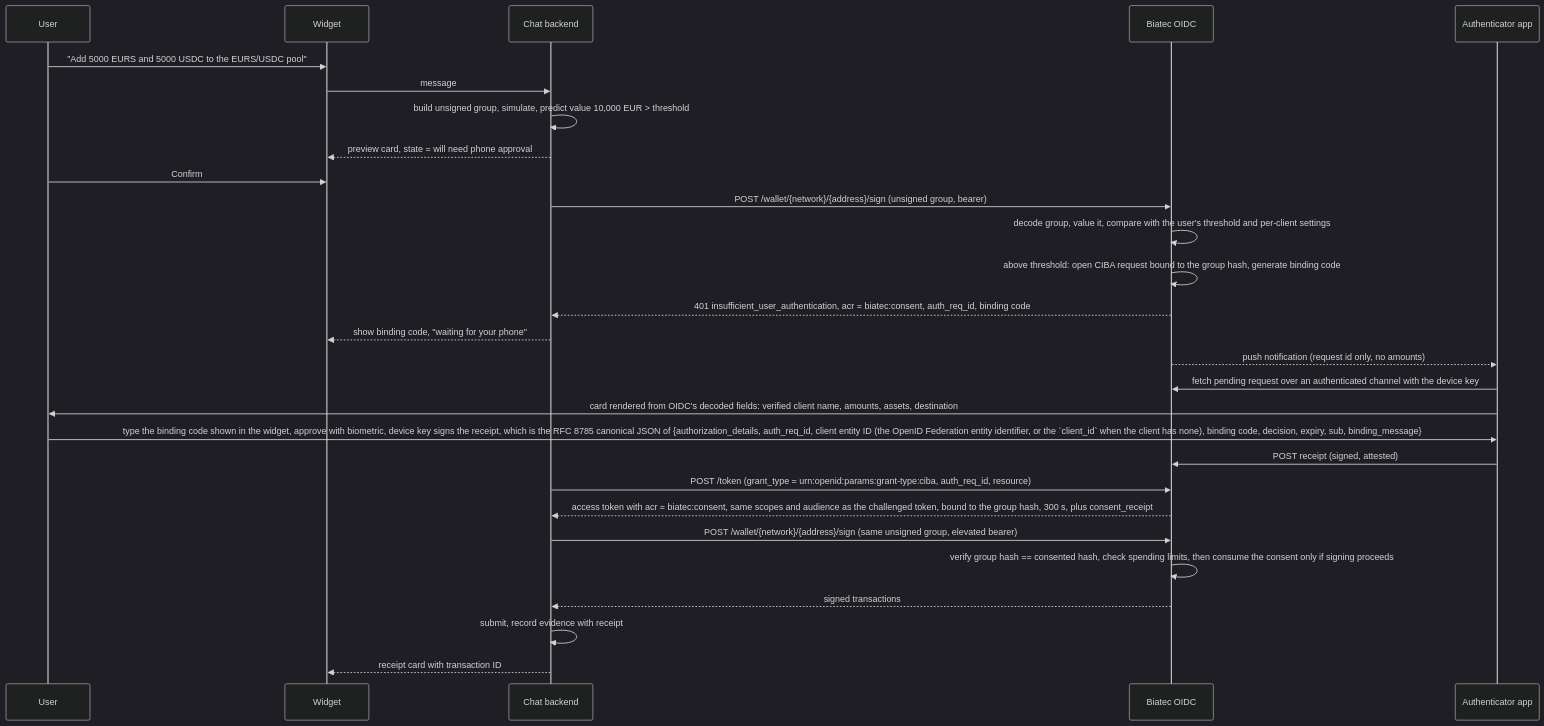
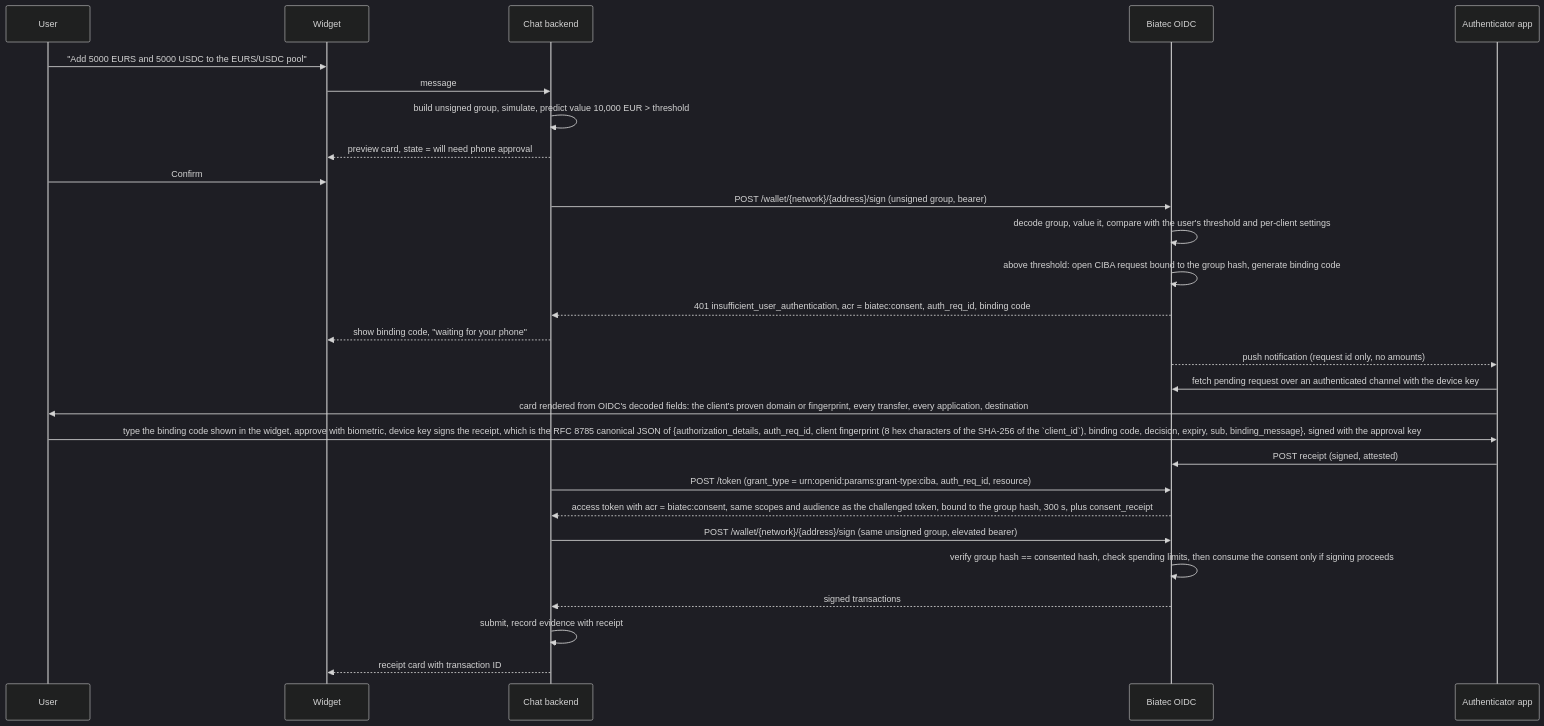
The third of 3 diagrams in PRODUCT-DESCRIPTION.md (scholtz/biatec-chat), drawn with Mermaid (dark theme) before and after one commit. The commit also changed other lines of this file and 18 other files, not shown here.

First line of the commit message:
T-239: Consent protocol 1.1: whole-group details, signed origin, two device keys, device-signed settings and approvals, user-held trust

````diff
--- a/PRODUCT-DESCRIPTION.md
+++ b/PRODUCT-DESCRIPTION.md
@@ -437,31 +437,31 @@
 ```mermaid
 sequenceDiagram
     participant U as User
     participant W as Widget
     participant API as Chat backend
     participant O as Biatec OIDC
     participant A as Authenticator app
 
     U->>W: "Add 5000 EURS and 5000 USDC to the EURS/USDC pool"
     W->>API: message
     API->>API: build unsigned group, simulate, predict value 10,000 EUR > threshold
     API-->>W: preview card, state = will need phone approval
     U->>W: Confirm
     API->>O: POST /wallet/{network}/{address}/sign (unsigned group, bearer)
     O->>O: decode group, value it, compare with the user's threshold and per-client settings
     O->>O: above threshold: open CIBA request bound to the group hash, generate binding code
     O-->>API: 401 insufficient_user_authentication, acr = biatec:consent, auth_req_id, binding code
     API-->>W: show binding code, "waiting for your phone"
     O-->>A: push notification (request id only, no amounts)
     A->>O: fetch pending request over an authenticated channel with the device key
-    A->>U: card rendered from OIDC's decoded fields: verified client name, amounts, assets, destination
-    U->>A: type the binding code shown in the widget, approve with biometric, device key signs the receipt, which is the RFC 8785 canonical JSON of {authorization_details, auth_req_id, client entity ID (the OpenID Federation entity identifier, or the `client_id` when the client has none), binding code, decision, expiry, sub, binding_message}
+    A->>U: card rendered from OIDC's decoded fields: the client's proven domain or fingerprint, every transfer, every application, destination
+    U->>A: type the binding code shown in the widget, approve with biometric, device key signs the receipt, which is the RFC 8785 canonical JSON of {authorization_details, auth_req_id, client fingerprint (8 hex characters of the SHA-256 of the `client_id`), binding code, decision, expiry, sub, binding_message}, signed with the approval key
     A->>O: POST receipt (signed, attested)
     API->>O: POST /token (grant_type = urn:openid:params:grant-type:ciba, auth_req_id, resource)
     O-->>API: access token with acr = biatec:consent, same scopes and audience as the challenged token, bound to the group hash, 300 s, plus consent_receipt
     API->>O: POST /wallet/{network}/{address}/sign (same unsigned group, elevated bearer)
     O->>O: verify group hash == consented hash, check spending limits, then consume the consent only if signing proceeds
     O-->>API: signed transactions
     API->>API: submit, record evidence with receipt
     API-->>W: receipt card with transaction ID
 ```
````
